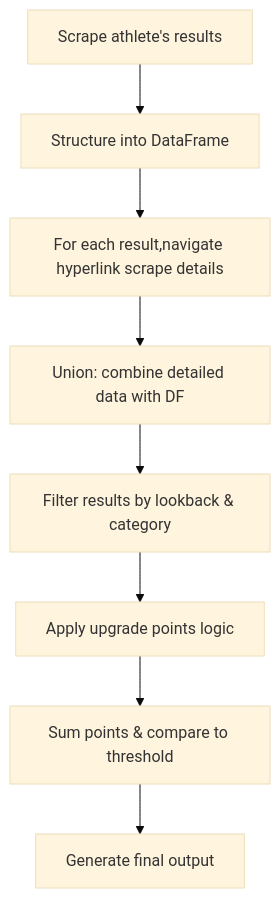
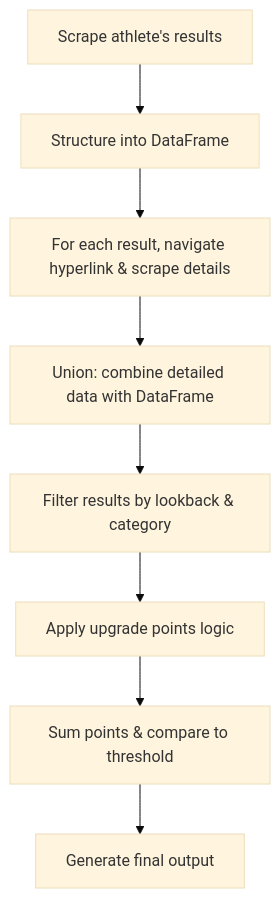
Before and after one commit to zew1me/extract-results-usac: the diagram in README.md, drawn with Mermaid (base theme). The commit also changed other lines of this file and 5 other files, not shown here.

````diff
--- a/README.md
+++ b/README.md
@@ -57,10 +55,10 @@
 ```mermaid
 flowchart TD
     A[Scrape athlete's results] --> B[Structure into DataFrame]
-    B --> C[For each result,navigate hyperlink scrape details]
-    C --> D[Union: combine detailed data with DF]
+    B --> C[For each result, navigate hyperlink & scrape details]
+    C --> D[Union: combine detailed data with DataFrame]
     D --> E[Filter results by lookback & category]
     E --> F[Apply upgrade points logic]
     F --> G[Sum points & compare to threshold]
     G --> H[Generate final output]
 ```
````
